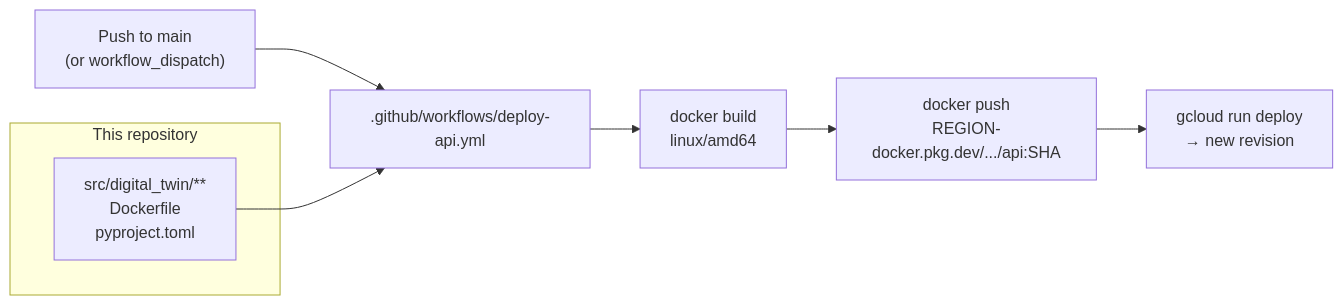
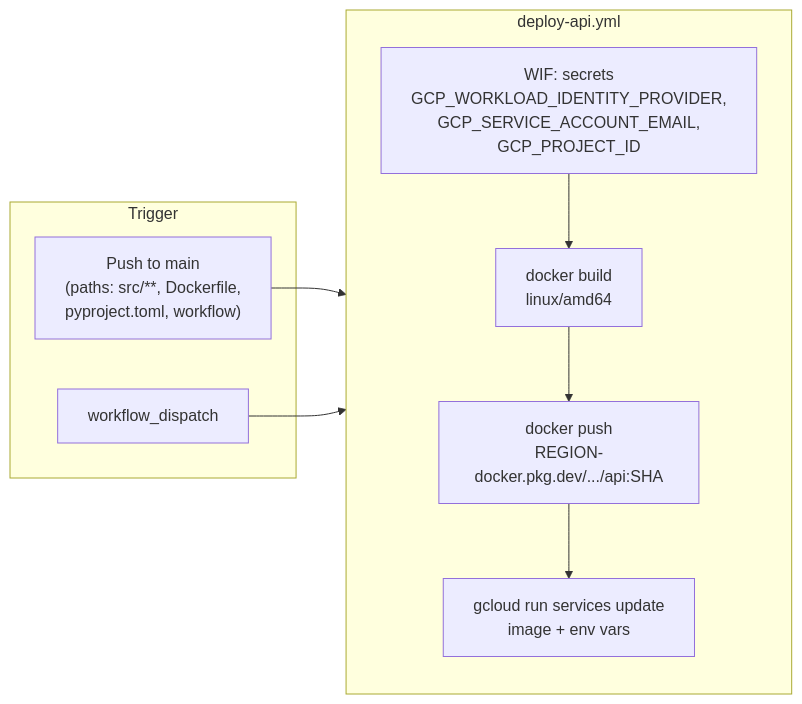
Before and after one commit to ak47/digital_twin: the second of 5 diagrams in docs/ARCHITECTURE.md, drawn with Mermaid. The commit also changed other lines of this file and 3 other files, not shown here.

Commit message:
Update documentation and system prompts to reflect first-person narrative for Andrew's responses. Revised README and ARCHITECTURE.md for clarity on deployment processes and RAG corpus lifecycle. Enhanced system.md to instruct on first-person usage and context-based responses.

````diff
--- a/docs/ARCHITECTURE.md
+++ b/docs/ARCHITECTURE.md
@@ -46,12 +62,18 @@
 ```mermaid
 flowchart LR
-    subgraph repo["This repository"]
-        Src["src/digital_twin/**\nDockerfile\npyproject.toml"]
+    subgraph trigger["Trigger"]
+        Push["Push to main\n(paths: src/**, Dockerfile,\npyproject.toml, workflow)"]
+        WD["workflow_dispatch"]
     end
 
-    Push["Push to main\n(or workflow_dispatch)"] --> GHA[".github/workflows/deploy-api.yml"]
-    Src --> GHA
-    GHA --> Build["docker build\nlinux/amd64"]
-    Build --> PushImg["docker push\nREGION-docker.pkg.dev/.../api:SHA"]
-    PushImg --> Deploy["gcloud run deploy\n→ new revision"]
+    subgraph gha["deploy-api.yml"]
+        Auth["WIF: secrets\nGCP_WORKLOAD_IDENTITY_PROVIDER,\nGCP_SERVICE_ACCOUNT_EMAIL,\nGCP_PROJECT_ID"]
+        Build["docker build\nlinux/amd64"]
+        PushImg["docker push\nREGION-docker.pkg.dev/.../api:SHA"]
+        Upd["gcloud run services update\nimage + env vars"]
+    end
+
+    Push --> gha
+    WD --> gha
+    Auth --> Build --> PushImg --> Upd
 ```
````
